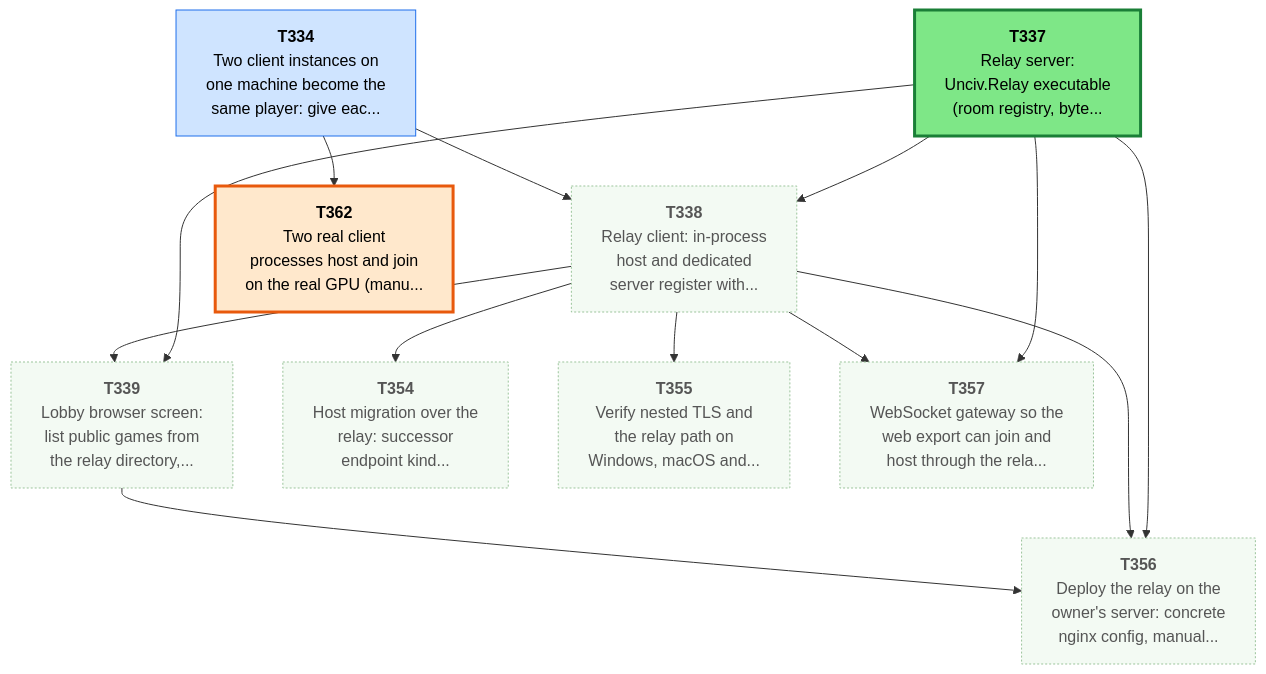
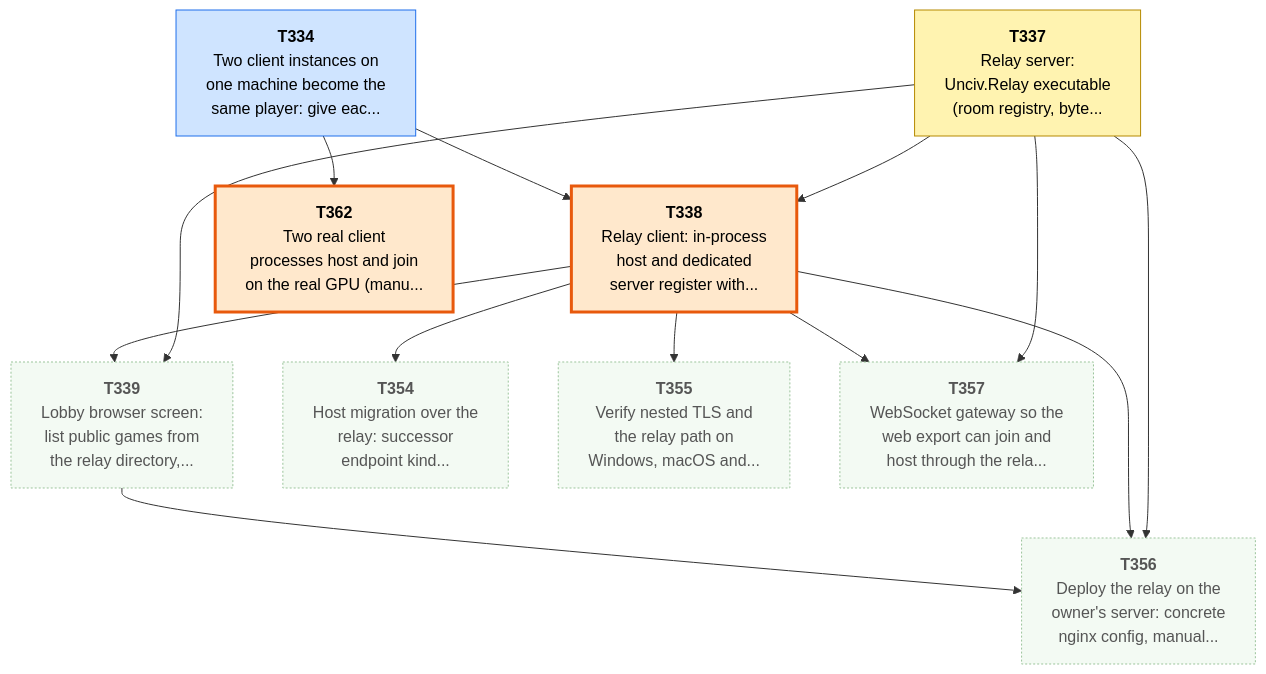
Before and after one commit to Kenmura/Unciv: the first of 8 diagrams in csharp/migration/DEPENDENCY_MAP.md, drawn with Mermaid. The commit also changed other lines of this file and 3 other files, not shown here.

````diff
--- a/csharp/migration/DEPENDENCY_MAP.md
+++ b/csharp/migration/DEPENDENCY_MAP.md
@@ -57,40 +57,40 @@
 ```mermaid
 flowchart TD
   T334["<b>T334</b><br/>Two client instances on<br/>one machine become the<br/>same player: give eac..."]
   T337["<b>T337</b><br/>Relay server:<br/>Unciv.Relay executable<br/>(room registry, byte..."]
   T338["<b>T338</b><br/>Relay client: in-process<br/>host and dedicated<br/>server register with..."]
   T339["<b>T339</b><br/>Lobby browser screen:<br/>list public games from<br/>the relay directory,..."]
   T354["<b>T354</b><br/>Host migration over the<br/>relay: successor<br/>endpoint kind..."]
   T355["<b>T355</b><br/>Verify nested TLS and<br/>the relay path on<br/>Windows, macOS and..."]
   T356["<b>T356</b><br/>Deploy the relay on the<br/>owner's server: concrete<br/>nginx config, manual..."]
   T357["<b>T357</b><br/>WebSocket gateway so the<br/>web export can join and<br/>host through the rela..."]
   T362["<b>T362</b><br/>Two real client<br/>processes host and join<br/>on the real GPU (manu..."]
   T337 --> T338
   T334 --> T338
   T337 --> T339
   T338 --> T339
   T338 --> T354
   T338 --> T355
   T337 --> T356
   T338 --> T356
   T339 --> T356
   T337 --> T357
   T338 --> T357
   T334 --> T362
   classDef waiting fill:#f3faf3,stroke:#9bc49b,color:#555,stroke-dasharray:2 2
   classDef ondeck fill:#ffe8cc,stroke:#e8590c,stroke-width:3px,color:#000
   classDef ready fill:#7ee787,stroke:#1a7f37,stroke-width:3px,color:#000
   classDef prog fill:#fff3b0,stroke:#b58900,color:#000
   classDef review fill:#cfe4ff,stroke:#1f6feb,color:#000
   classDef blocked fill:#ffd6d6,stroke:#c62828,color:#000
   classDef done fill:#eeeeee,stroke:#999999,color:#666,stroke-dasharray:4 3
   class T334 review
-  class T337 ready
-  class T338 waiting
+  class T337 prog
+  class T338 ondeck
   class T339 waiting
   class T354 waiting
   class T355 waiting
   class T356 waiting
   class T357 waiting
   class T362 ondeck
 ```
````
